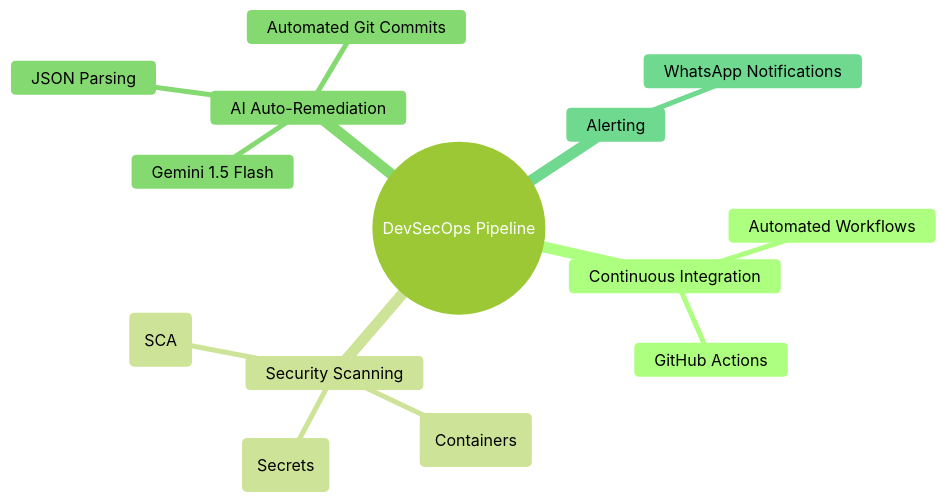
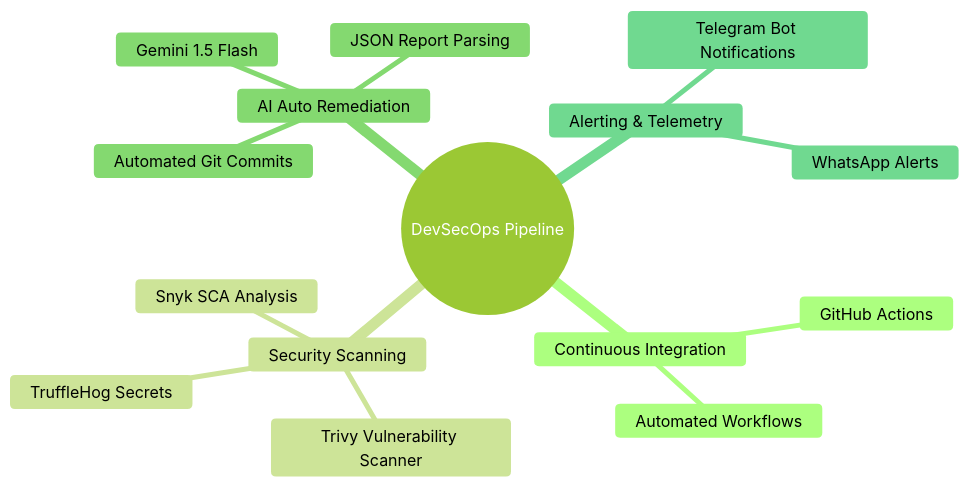
The first of 2 diagrams in README.md (vaseflamingoseguru205-debug/PixelCraft_AI), drawn with Mermaid (forest theme) before and after one commit. The commit also changed other lines of this file, not shown here.

````diff
--- a/README.md
+++ b/README.md
@@ -17,17 +24,18 @@
 ```mermaid
 mindmap
   root((DevSecOps Pipeline))
     Continuous Integration
       GitHub Actions
       Automated Workflows
     Security Scanning
-      TruffleHog (Secrets)
-      Trivy (Containers)
-      Snyk (SCA)
-    AI Auto-Remediation
+      TruffleHog Secrets
+      Trivy Vulnerability Scanner
+      Snyk SCA Analysis
+    AI Auto Remediation
       Gemini 1.5 Flash
-      JSON Parsing
+      JSON Report Parsing
       Automated Git Commits
-    Alerting
-      WhatsApp Notifications
+    Alerting & Telemetry
+      Telegram Bot Notifications
+      WhatsApp Alerts
 ```
````
